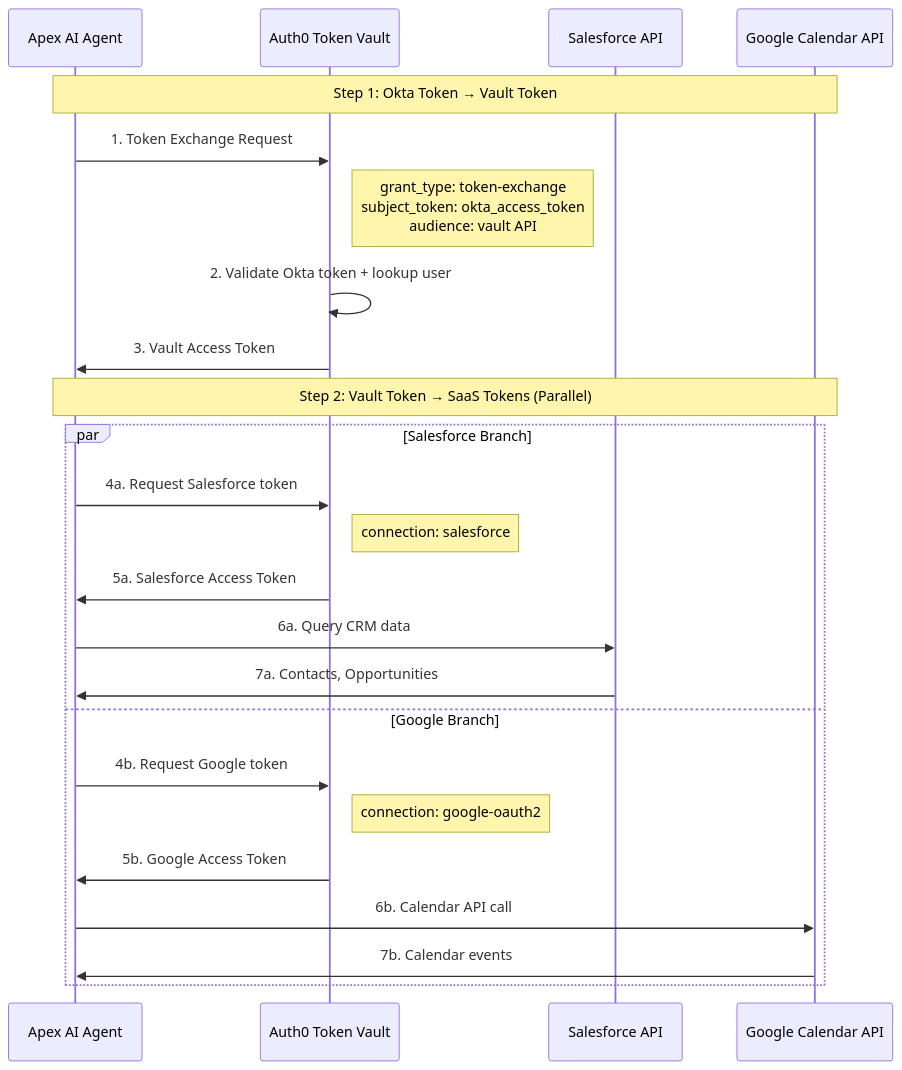
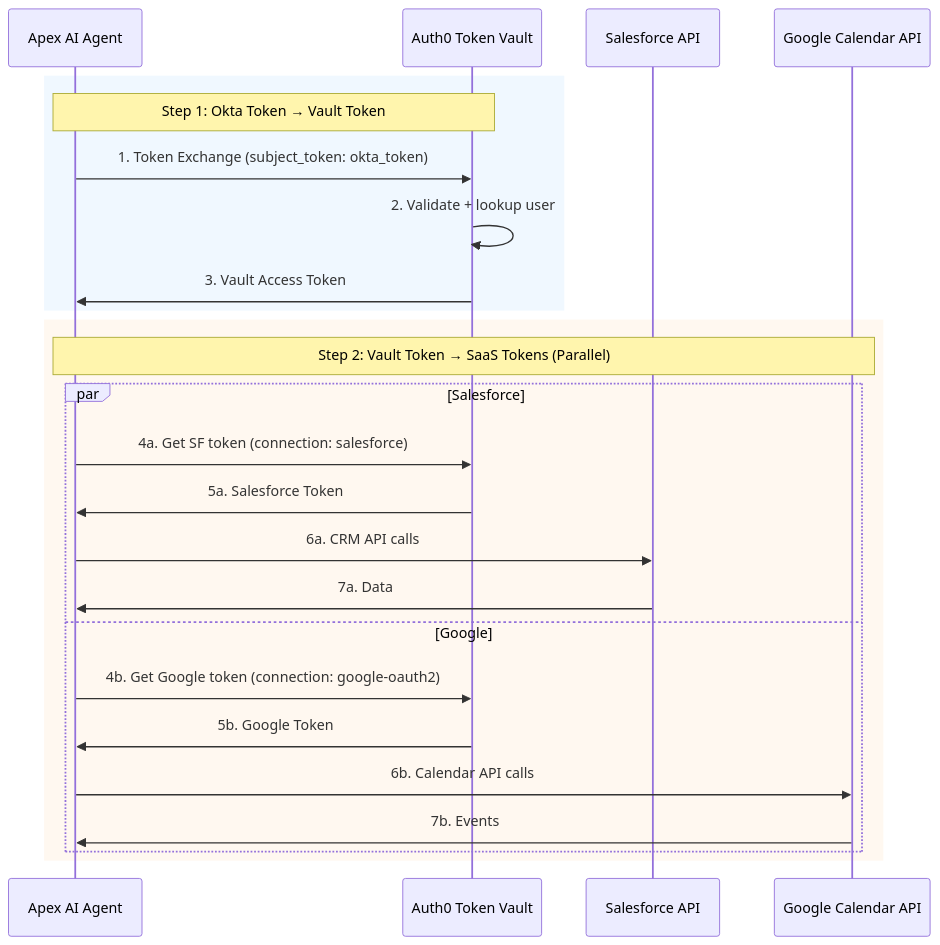
The second of 3 diagrams in README.md (kunkol/apex-wealth-advisor), drawn with Mermaid before and after one commit. The commit also changed other lines of this file, not shown here.

Commit message:
Add Mermaid sequence diagrams + credits

````diff
--- a/README.md
+++ b/README.md
@@ -186,29 +201,29 @@
 ```mermaid
 sequenceDiagram
     participant Agent as Apex AI Agent
     participant Auth0 as Auth0 Token Vault
     participant SF as Salesforce API
     participant GCal as Google Calendar API
 
-    Note over Agent,GCal: Step 1: Okta Token → Vault Token
-    Agent->>Auth0: 1. Token Exchange Request
-    Note right of Auth0: grant_type: token-exchange<br/>subject_token: okta_access_token<br/>audience: vault API
-    Auth0->>Auth0: 2. Validate Okta token + lookup user
+    rect rgb(240, 248, 255)
+    Note over Agent,Auth0: Step 1: Okta Token → Vault Token
+    Agent->>Auth0: 1. Token Exchange (subject_token: okta_token)
+    Auth0->>Auth0: 2. Validate + lookup user
     Auth0->>Agent: 3. Vault Access Token
-    
+    end
+
+    rect rgb(255, 248, 240)
     Note over Agent,GCal: Step 2: Vault Token → SaaS Tokens (Parallel)
-    
-    par Salesforce Branch
-        Agent->>Auth0: 4a. Request Salesforce token
-        Note right of Auth0: connection: salesforce
-        Auth0->>Agent: 5a. Salesforce Access Token
-        Agent->>SF: 6a. Query CRM data
-        SF->>Agent: 7a. Contacts, Opportunities
-    and Google Branch
-        Agent->>Auth0: 4b. Request Google token
-        Note right of Auth0: connection: google-oauth2
-        Auth0->>Agent: 5b. Google Access Token
-        Agent->>GCal: 6b. Calendar API call
-        GCal->>Agent: 7b. Calendar events
+    par Salesforce
+        Agent->>Auth0: 4a. Get SF token (connection: salesforce)
+        Auth0->>Agent: 5a. Salesforce Token
+        Agent->>SF: 6a. CRM API calls
+        SF->>Agent: 7a. Data
+    and Google
+        Agent->>Auth0: 4b. Get Google token (connection: google-oauth2)
+        Auth0->>Agent: 5b. Google Token
+        Agent->>GCal: 6b. Calendar API calls
+        GCal->>Agent: 7b. Events
+    end
     end
 ```
````
